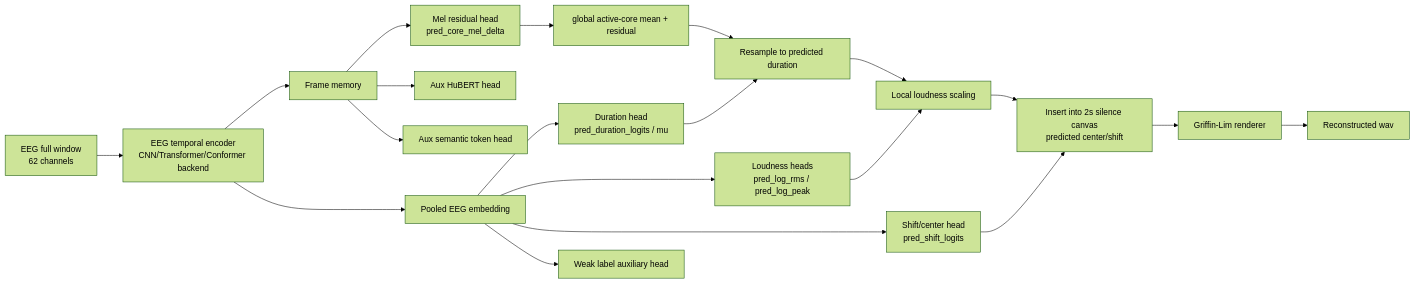
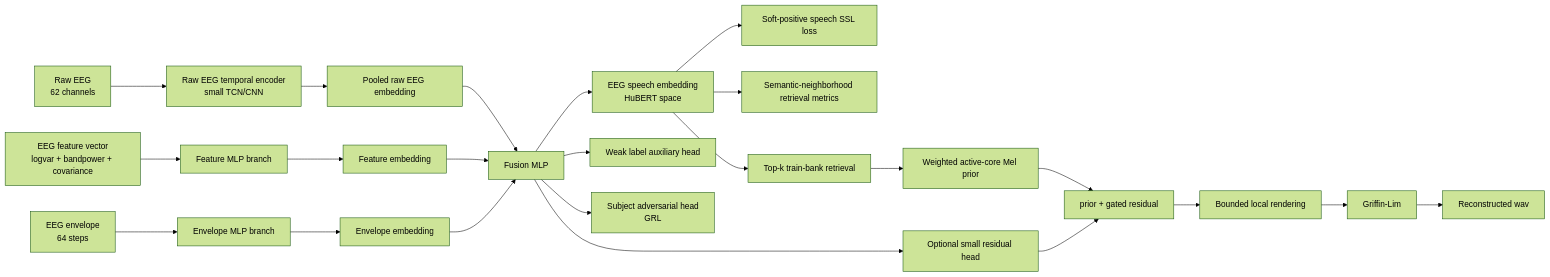
Before and after one commit to samxiexs/eeg-voice: the diagram in eeg2wave_server_bundle/karaone_overt_recon_bundle/reports/karaone_semantic_first_model_tech_zh.md, drawn with Mermaid (forest theme). The commit also changed other lines of this file and 11 other files, not shown here.

````diff
--- a/eeg2wave_server_bundle/karaone_overt_recon_bundle/reports/karaone_semantic_first_model_tech_zh.md
+++ b/eeg2wave_server_bundle/karaone_overt_recon_bundle/reports/karaone_semantic_first_model_tech_zh.md
@@ -244,25 +347,30 @@
 ```mermaid
 flowchart LR
-  A["EEG full window<br/>62 channels"] --> B["EEG temporal encoder<br/>CNN/Transformer/Conformer backend"]
-  B --> C["Frame memory"]
-  B --> D["Pooled EEG embedding"]
+  A["Raw EEG<br/>62 channels"] --> B["Raw EEG temporal encoder<br/>small TCN/CNN"]
+  C["EEG feature vector<br/>logvar + bandpower + covariance"] --> D["Feature MLP branch"]
+  E["EEG envelope<br/>64 steps"] --> F["Envelope MLP branch"]
 
-  C --> E["Mel residual head<br/>pred_core_mel_delta"]
-  D --> F["Duration head<br/>pred_duration_logits / mu"]
-  D --> G["Loudness heads<br/>pred_log_rms / pred_log_peak"]
-  D --> H["Shift/center head<br/>pred_shift_logits"]
+  B --> G["Pooled raw EEG embedding"]
+  D --> H["Feature embedding"]
+  F --> I["Envelope embedding"]
 
-  C --> I["Aux HuBERT head"]
-  C --> J["Aux semantic token head"]
-  D --> K["Weak label auxiliary head"]
+  G --> J["Fusion MLP"]
+  H --> J
+  I --> J
 
-  E --> L["global active-core mean + residual"]
-  L --> M["Resample to predicted duration"]
-  F --> M
-  G --> N["Local loudness scaling"]
-  M --> N
-  H --> O["Insert into 2s silence canvas<br/>predicted center/shift"]
-  N --> O
-  O --> P["Griffin-Lim renderer"]
-  P --> Q["Reconstructed wav"]
+  J --> K["EEG speech embedding<br/>HuBERT space"]
+  K --> L["Soft-positive speech SSL loss"]
+  K --> M["Semantic-neighborhood retrieval metrics"]
+  K --> N["Top-k train-bank retrieval"]
+  N --> O["Weighted active-core Mel prior"]
+
+  J --> P["Optional small residual head"]
+  O --> Q["prior + gated residual"]
+  P --> Q
+  Q --> R["Bounded local rendering"]
+  R --> S["Griffin-Lim"]
+  S --> T["Reconstructed wav"]
+
+  J --> U["Weak label auxiliary head"]
+  J --> V["Subject adversarial head<br/>GRL"]
 ```
````
